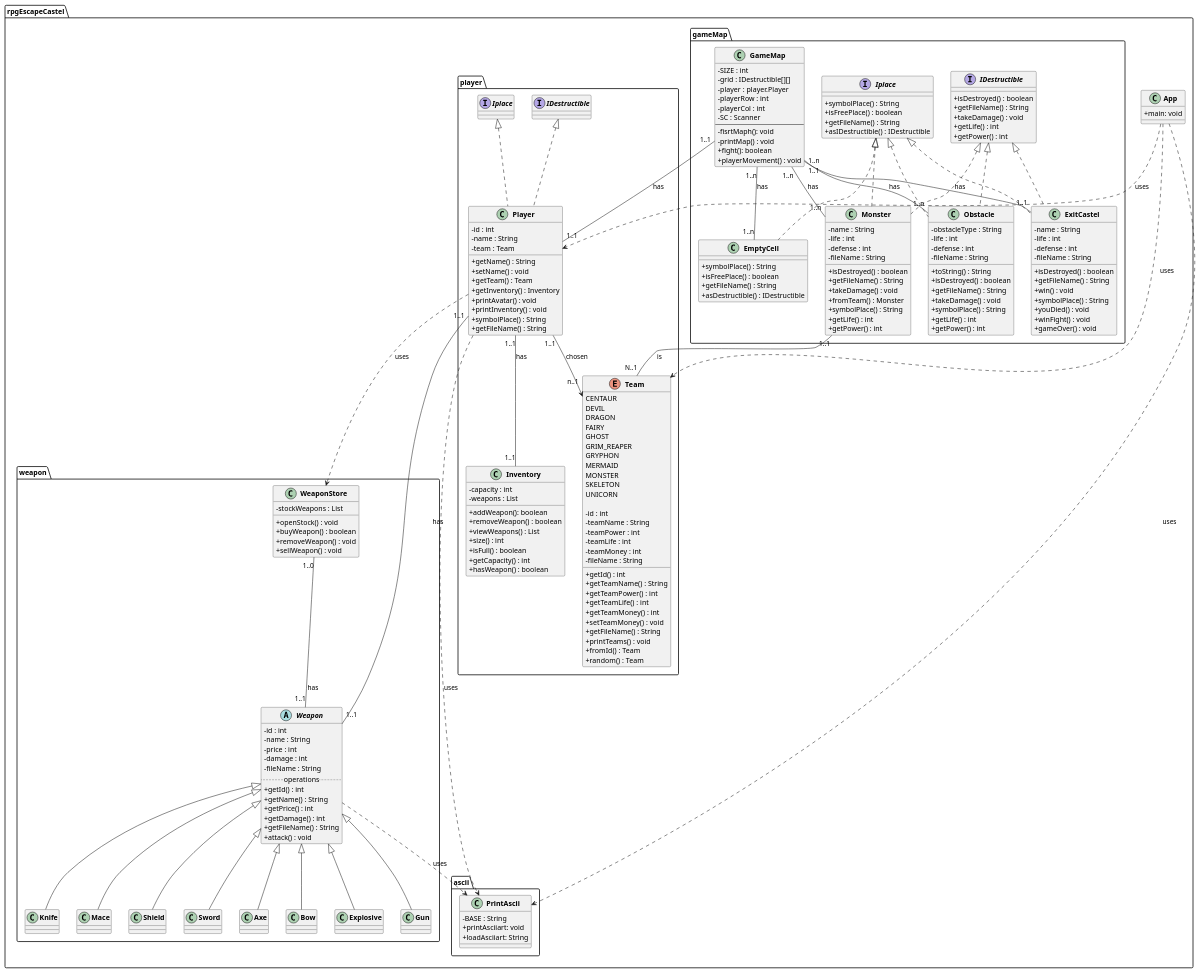
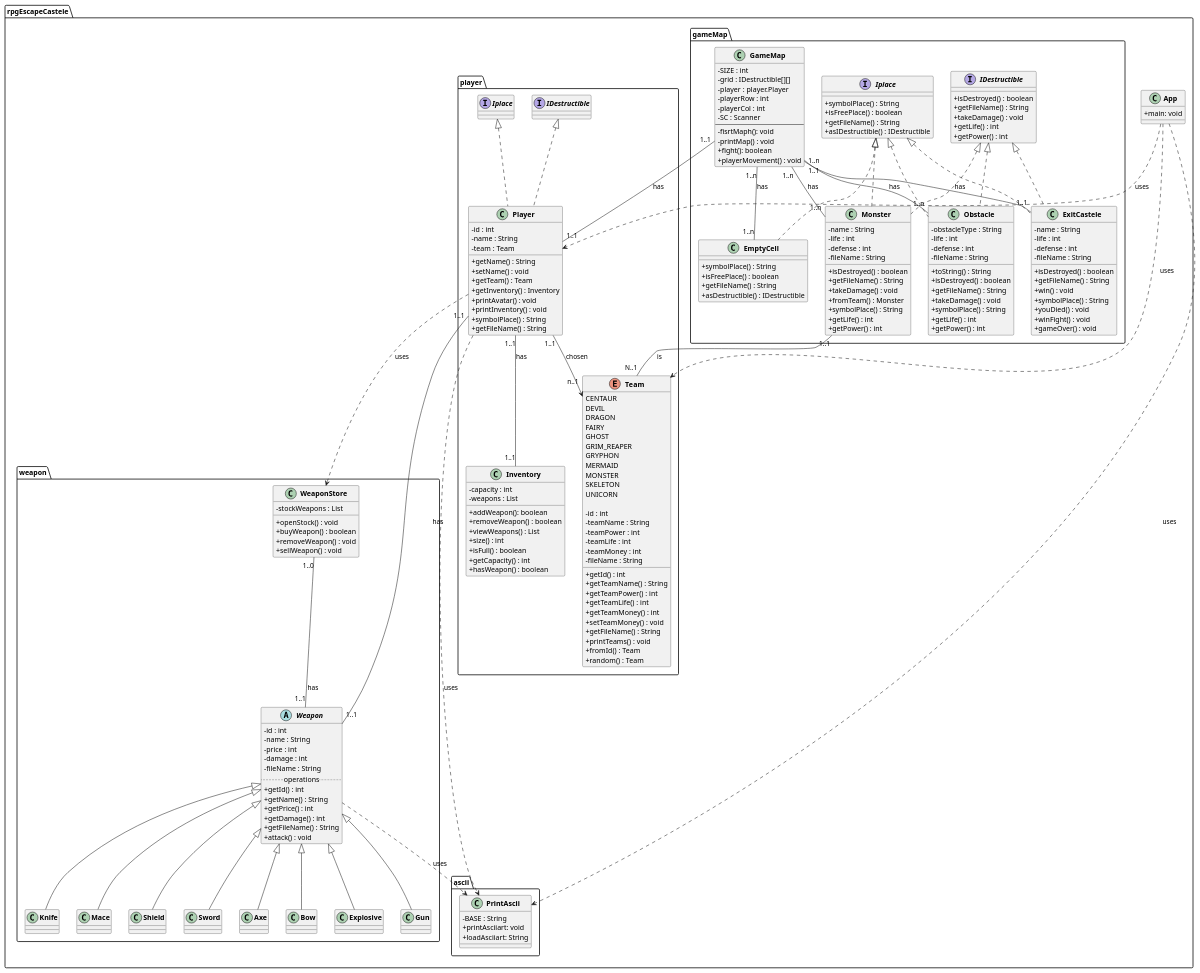
Before and after one commit to edusilvaramos/EscapeCastel: the diagram in diagram.puml, drawn with PlantUML. The commit also changed 24 other files, not shown here.

```diff
--- a/diagram.puml
+++ b/diagram.puml
@@ -2,7 +2,7 @@
 skinparam classAttributeIconSize 0
 skinparam classFontStyle bold
 
-package rpgEscapeCastel {
+package rpgEscapeCastele {
 
     class App {
         + main: void
@@ -177,7 +177,7 @@
             + getPower() : int
         }
 
-        class ExitCastel implements IDestructible, Iplace {
+        class ExitCastele implements IDestructible, Iplace {
             - name : String
             - life : int
             - defense : int
@@ -213,7 +213,7 @@
     GameMap "1..1" -- "1..1" Player : has
     GameMap "1..n" -- "1..n" Obstacle : has
     GameMap "1..n" -- "1..n" Monster : has
-    GameMap "1..1" -- "1..1" ExitCastel : has
+    GameMap "1..1" -- "1..1" ExitCastele : has
     GameMap "1..n" -- "1..n" EmptyCell : has
 }
 
```
